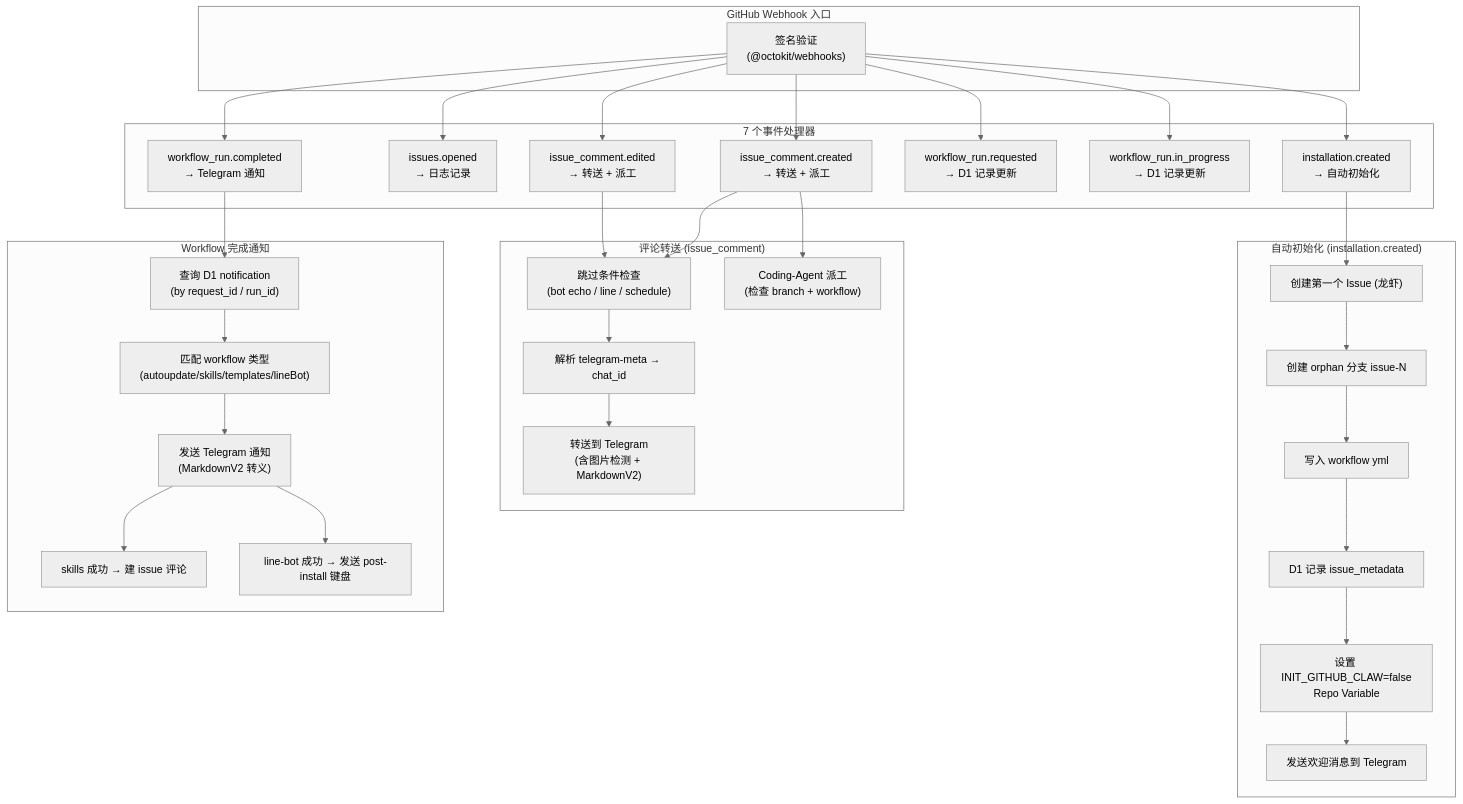
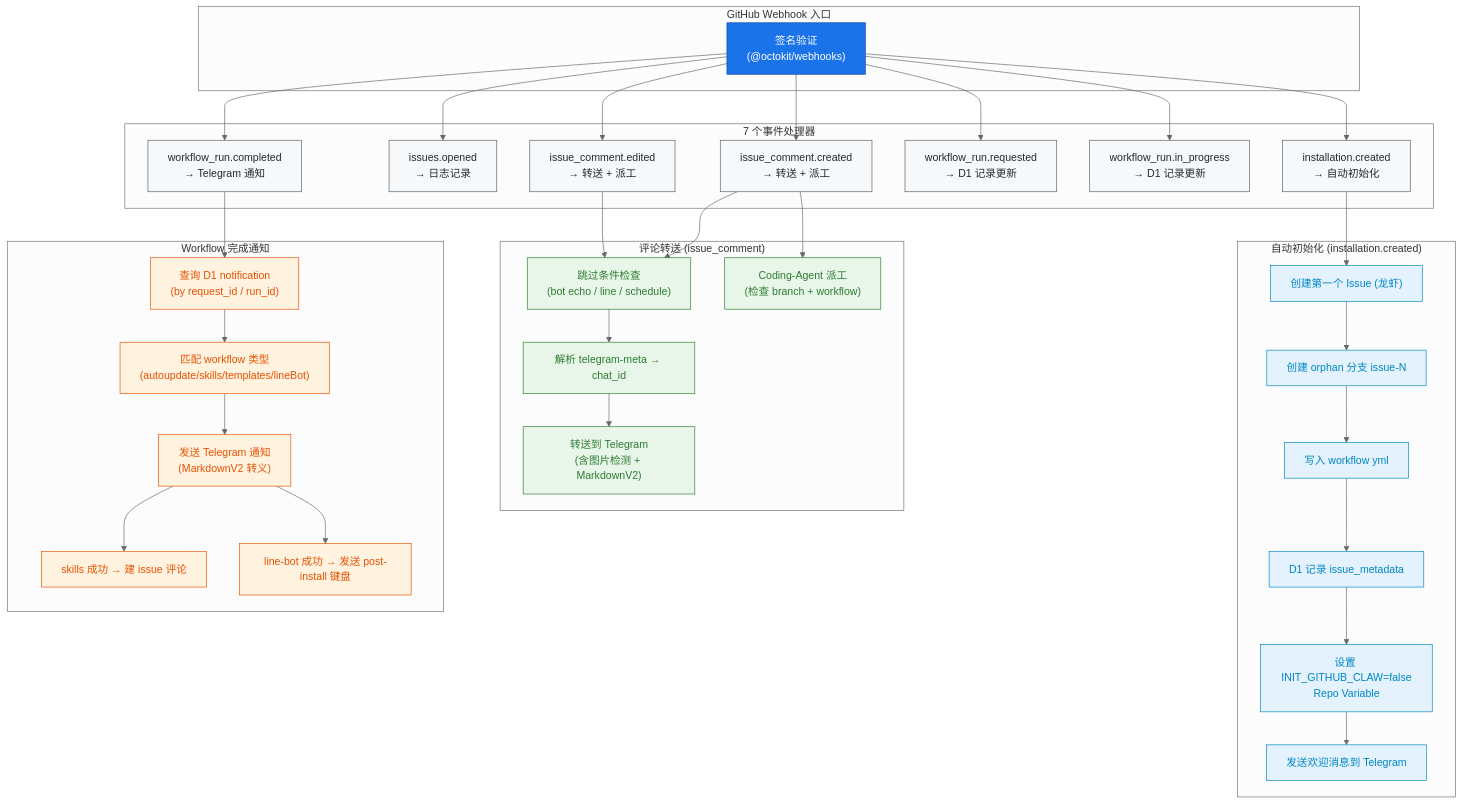
One commit to jeffsia-blacksmith/altShiftClawCore changed the fourth of 11 diagrams in src/ARCHITECTURE.md. Above: the diagram before and after it, drawn with Mermaid (neutral theme). The commit also changed other lines of this file, not shown here.

First line of the commit message:
docs: add color coding to all remaining mermaid charts

````diff
--- a/src/ARCHITECTURE.md
+++ b/src/ARCHITECTURE.md
@@ -221,50 +235,56 @@
 ```mermaid
 flowchart TB
+    classDef entry fill:#1a73e8,stroke:#0d47a1,color:#fff
+    classDef event fill:#f6f8fa,stroke:#586069,color:#24292e
+    classDef init fill:#e3f2fd,stroke:#0086c4,color:#0086c4
+    classDef relay fill:#e8f5e9,stroke:#2e7d32,color:#2e7d32
+    classDef notify fill:#fff3e0,stroke:#e65100,color:#e65100
+
     subgraph "GitHub Webhook 入口"
-        SIGN["签名验证<br/>(@octokit/webhooks)"]
+        SIGN["签名验证<br/>(@octokit/webhooks)"]:::entry
     end
 
     subgraph "7 个事件处理器"
-        E1["installation.created<br/>→ 自动初始化"]
-        E2["issues.opened<br/>→ 日志记录"]
-        E3["issue_comment.created<br/>→ 转送 + 派工"]
-        E4["issue_comment.edited<br/>→ 转送 + 派工"]
-        E5["workflow_run.requested<br/>→ D1 记录更新"]
-        E6["workflow_run.in_progress<br/>→ D1 记录更新"]
-        E7["workflow_run.completed<br/>→ Telegram 通知"]
+        E1["installation.created<br/>→ 自动初始化"]:::event
+        E2["issues.opened<br/>→ 日志记录"]:::event
+        E3["issue_comment.created<br/>→ 转送 + 派工"]:::event
+        E4["issue_comment.edited<br/>→ 转送 + 派工"]:::event
+        E5["workflow_run.requested<br/>→ D1 记录更新"]:::event
+        E6["workflow_run.in_progress<br/>→ D1 记录更新"]:::event
+        E7["workflow_run.completed<br/>→ Telegram 通知"]:::event
     end
 
     subgraph "自动初始化 (installation.created)"
-        AI1["创建第一个 Issue (龙虾)"]
-        AI2["创建 orphan 分支 issue-N"]
-        AI3["写入 workflow yml"]
-        AI4["D1 记录 issue_metadata"]
-        AI5["设置 INIT_GITHUB_CLAW=false<br/>Repo Variable"]
-        AI6["发送欢迎消息到 Telegram"]
+        AI1["创建第一个 Issue (龙虾)"]:::init
+        AI2["创建 orphan 分支 issue-N"]:::init
+        AI3["写入 workflow yml"]:::init
+        AI4["D1 记录 issue_metadata"]:::init
+        AI5["设置 INIT_GITHUB_CLAW=false<br/>Repo Variable"]:::init
+        AI6["发送欢迎消息到 Telegram"]:::init
     end
 
     subgraph "评论转送 (issue_comment)"
-        RC1["跳过条件检查<br/>(bot echo / line / schedule)"]
-        RC2["解析 telegram-meta → chat_id"]
-        RC3["转送到 Telegram<br/>(含图片检测 + MarkdownV2)"]
-        RC4["Coding-Agent 派工<br/>(检查 branch + workflow)"]
+        RC1["跳过条件检查<br/>(bot echo / line / schedule)"]:::relay
+        RC2["解析 telegram-meta → chat_id"]:::relay
+        RC3["转送到 Telegram<br/>(含图片检测 + MarkdownV2)"]:::relay
+        RC4["Coding-Agent 派工<br/>(检查 branch + workflow)"]:::relay
     end
 
     subgraph "Workflow 完成通知"
-        WN1["查询 D1 notification<br/>(by request_id / run_id)"]
-        WN2["匹配 workflow 类型<br/>(autoupdate/skills/templates/lineBot)"]
-        WN3["发送 Telegram 通知<br/>(MarkdownV2 转义)"]
-        WN4["skills 成功 → 建 issue 评论"]
-        WN5["line-bot 成功 → 发送 post-install 键盘"]
+        WN1["查询 D1 notification<br/>(by request_id / run_id)"]:::notify
+        WN2["匹配 workflow 类型<br/>(autoupdate/skills/templates/lineBot)"]:::notify
+        WN3["发送 Telegram 通知<br/>(MarkdownV2 转义)"]:::notify
+        WN4["skills 成功 → 建 issue 评论"]:::notify
+        WN5["line-bot 成功 → 发送 post-install 键盘"]:::notify
     end
 
     SIGN --> E1 & E2 & E3 & E4 & E5 & E6 & E7
 
     E1 --> AI1 --> AI2 --> AI3 --> AI4 --> AI5 --> AI6
     E3 --> RC1 --> RC2 --> RC3
     E3 --> RC4
     E4 --> RC1
     E7 --> WN1 --> WN2 --> WN3
     WN3 --> WN4
     WN3 --> WN5
 ```
````
